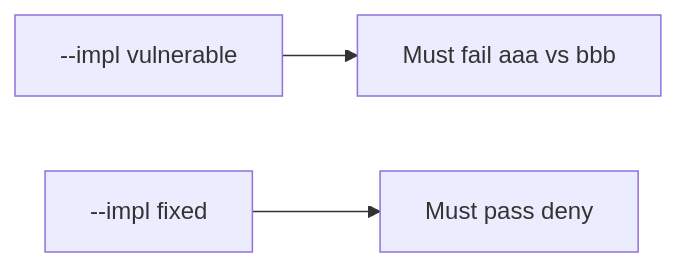
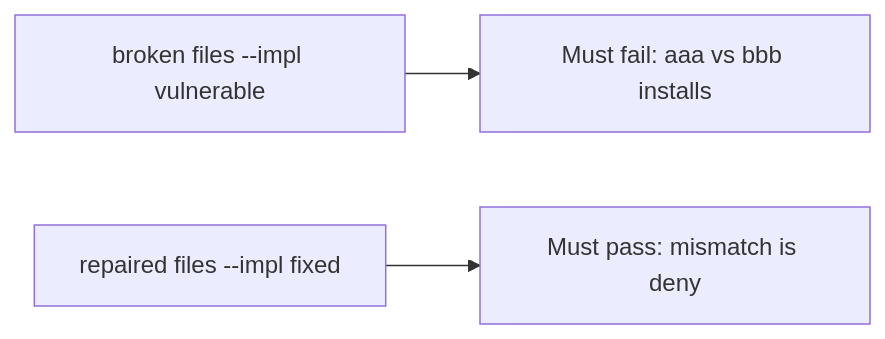
One commit to ishitvagoel/LearnSecurity changed the diagram in content/modules/10/10.2/lessons/05-verify.md. Above: the diagram before and after it, drawn with Mermaid. The commit also changed other lines of this file and 39 other files, not shown here.

````diff
--- a/content/modules/10/10.2/lessons/05-verify.md
+++ b/content/modules/10/10.2/lessons/05-verify.md
@@ -15,5 +14,5 @@
 ```mermaid
 flowchart LR
-  V["--impl vulnerable"] --> F["Must fail aaa vs bbb"]
-  X["--impl fixed"] --> P["Must pass deny"]
+  V["broken files --impl vulnerable"] --> F[Must fail: aaa vs bbb installs]
+  X["repaired files --impl fixed"] --> P[Must pass: mismatch is deny]
 ```
````
